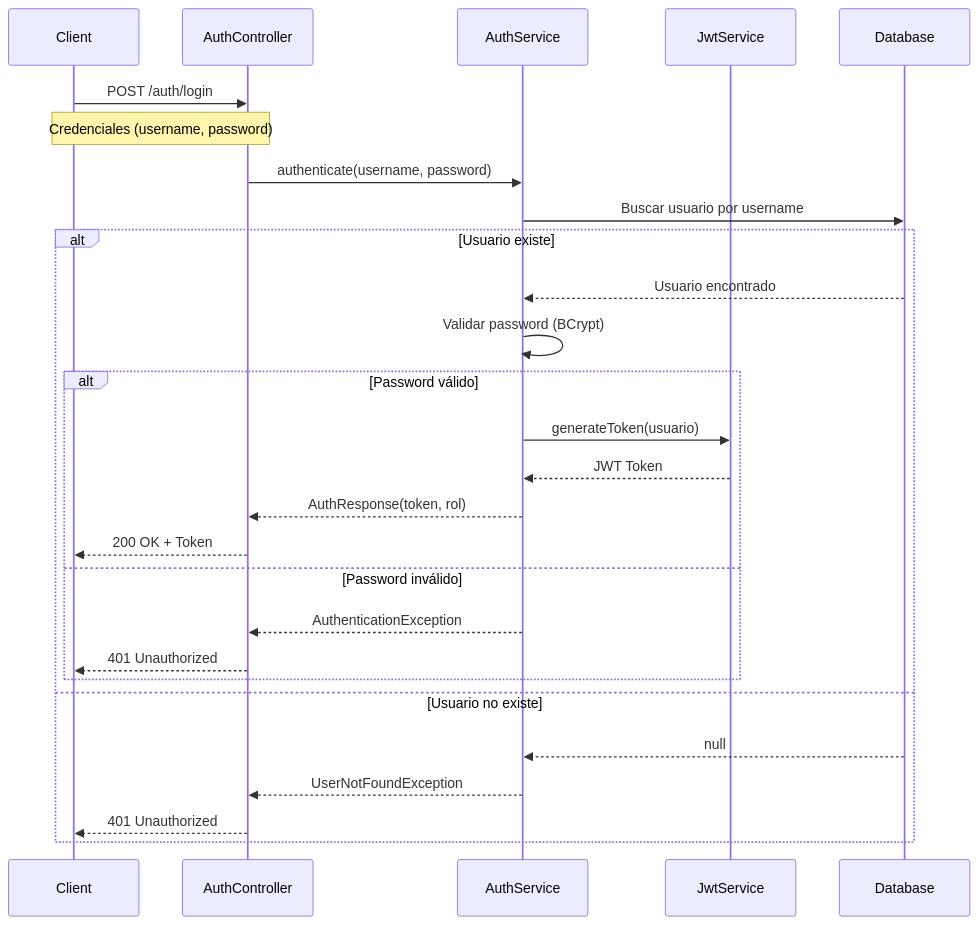
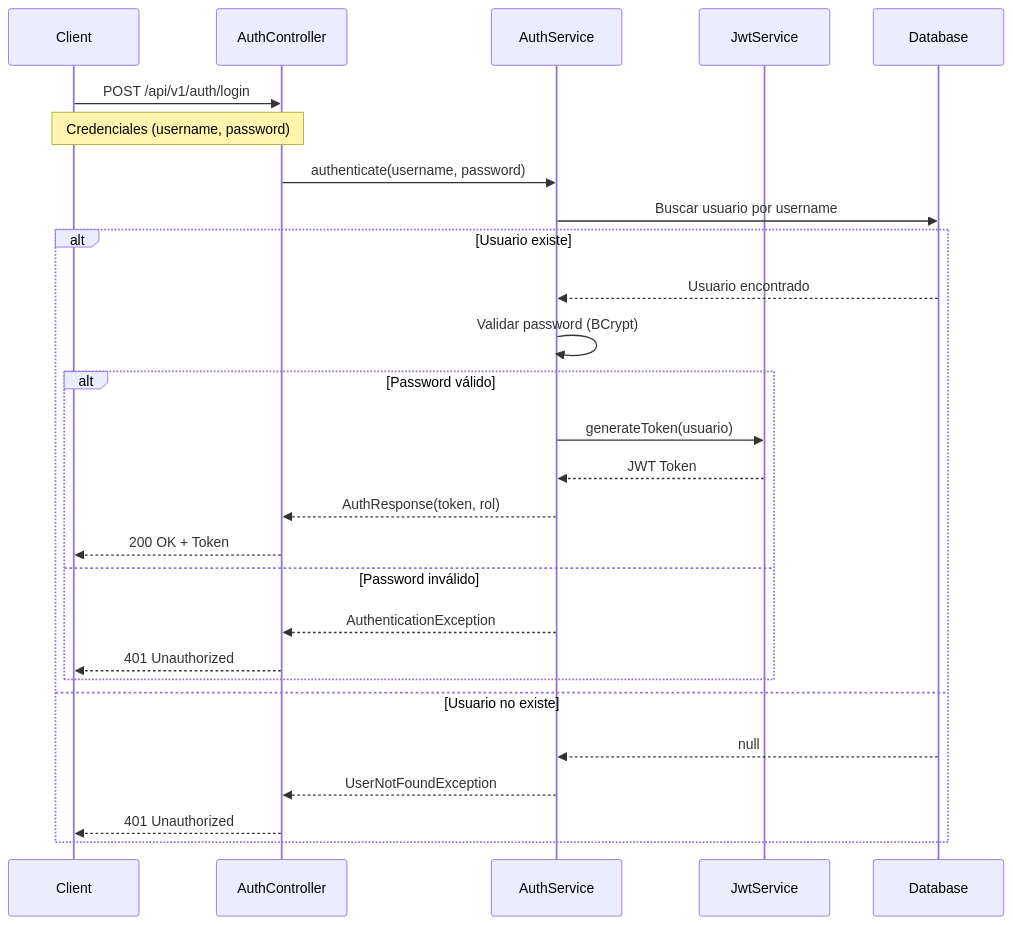
The fourth of 11 diagrams in README.md (Javier-Puma/Managment_System_Deluxe_Hotel), drawn with Mermaid before and after one commit. The commit also changed other lines of this file, not shown here.

````diff
--- a/README.md
+++ b/README.md
@@ -599,33 +617,33 @@
 ```mermaid
 sequenceDiagram
     participant Client
     participant AuthController
     participant AuthService
     participant JwtService
     participant Database
     
-    Client->>AuthController: POST /auth/login
+    Client->>AuthController: POST /api/v1/auth/login
     Note over Client,AuthController: Credenciales (username, password)
     
     AuthController->>AuthService: authenticate(username, password)
     AuthService->>Database: Buscar usuario por username
     
     alt Usuario existe
         Database-->>AuthService: Usuario encontrado
         AuthService->>AuthService: Validar password (BCrypt)
         
         alt Password válido
             AuthService->>JwtService: generateToken(usuario)
             JwtService-->>AuthService: JWT Token
             AuthService-->>AuthController: AuthResponse(token, rol)
             AuthController-->>Client: 200 OK + Token
         else Password inválido
             AuthService-->>AuthController: AuthenticationException
             AuthController-->>Client: 401 Unauthorized
         end
     else Usuario no existe
         Database-->>AuthService: null
         AuthService-->>AuthController: UserNotFoundException
         AuthController-->>Client: 401 Unauthorized
     end
 ```
````
